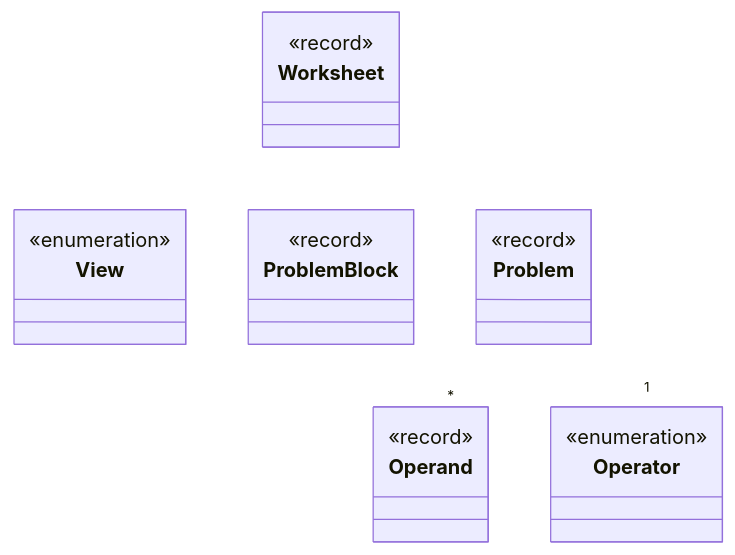
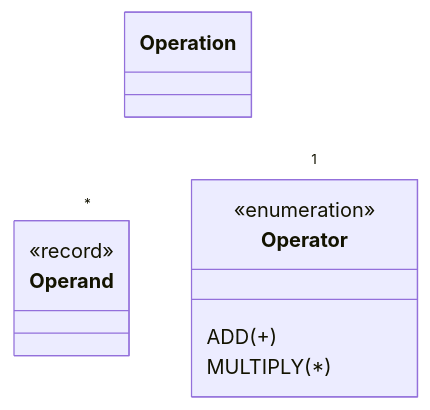
The diagram in UML diagrams/uml_day06.md (lauraheerrera/aoc2025), drawn with Mermaid before and after one commit. The commit also changed 52 other files, not shown here.

````diff
--- a/UML diagrams/uml_day06.md
+++ b/UML diagrams/uml_day06.md
@@ -3,29 +3,21 @@
 ```mermaid
 %%{init: { 'themeVariables': { 'lineColor': '#FFFFFF' } } }%%
 classDiagram
     direction TB
-    class Worksheet {
-        <<record>>
+
+    class Operation {
     }
-    class View {
-        <<enumeration>>
-    }
-    class ProblemBlock {
-        <<record>>
-    }
-    class Problem {
-        <<record>>
-    }
+
     class Operand {
         <<record>>
     }
+
     class Operator {
         <<enumeration>>
+        ADD(+)
+        MULTIPLY(*)
     }
 
-    Worksheet *-- View
-    Worksheet ..> ProblemBlock 
-    Worksheet ..> Problem
-    Problem --> "*" Operand
-    Problem --> "1" Operator
+    Operation --> "*" Operand
+    Operation --> "1" Operator
 ```
````
